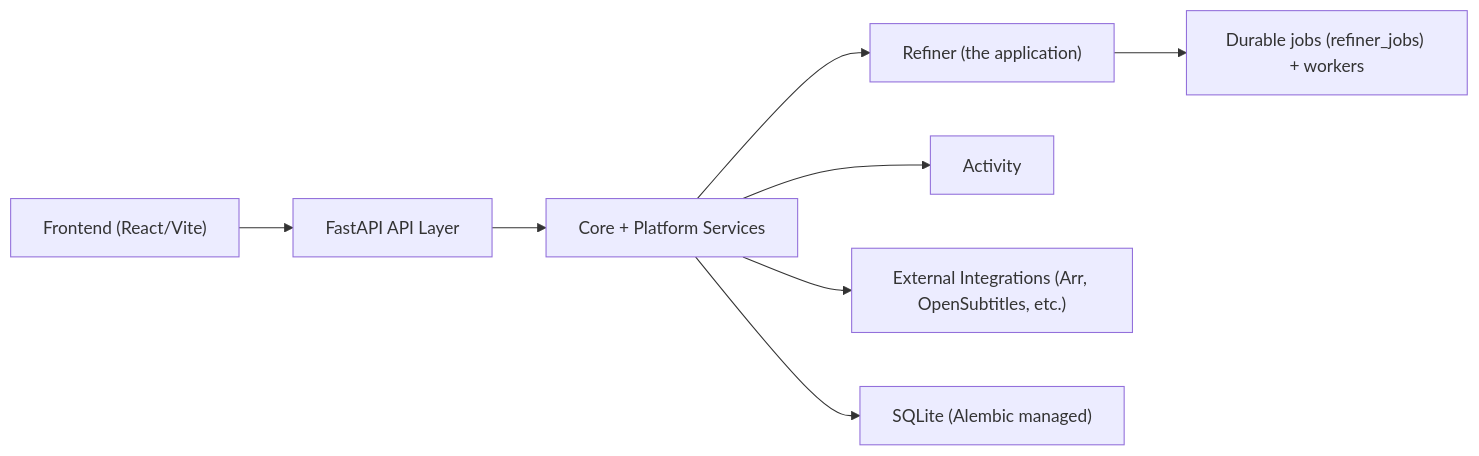
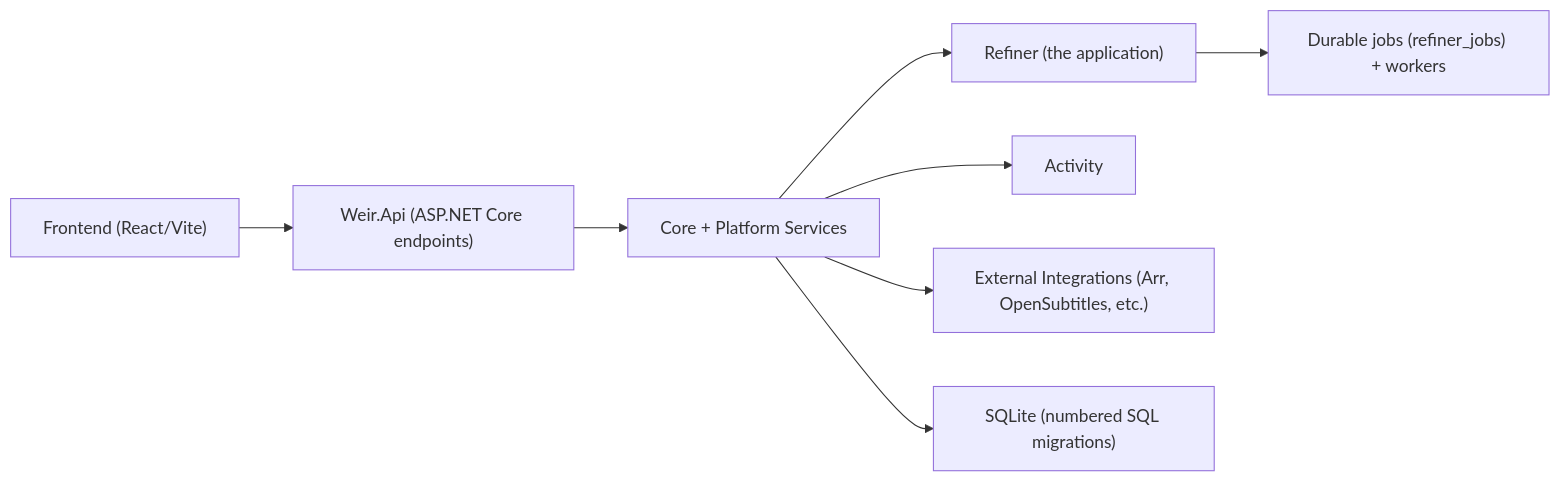
Before and after one commit to jampat000/MediaMop: the first of 2 diagrams in ARCHITECTURE.md, drawn with Mermaid. The commit also changed other lines of this file and 604 other files, not shown here.

First line of the commit message:
chore!: switch Weir to the .NET server and delete the Python backend (#558)

````diff
--- a/ARCHITECTURE.md
+++ b/ARCHITECTURE.md
@@ -38,10 +41,10 @@
 ```mermaid
 flowchart LR
-  UI["Frontend (React/Vite)"] --> API["FastAPI API Layer"]
+  UI["Frontend (React/Vite)"] --> API["Weir.Api (ASP.NET Core endpoints)"]
   API --> Core["Core + Platform Services"]
   Core --> Refiner["Refiner (the application)"]
   Core --> Activity["Activity"]
   Core --> Integrations["External Integrations (Arr, OpenSubtitles, etc.)"]
-  Core --> DB["SQLite (Alembic managed)"]
+  Core --> DB["SQLite (numbered SQL migrations)"]
   Refiner --> Jobs["Durable jobs (refiner_jobs) + workers"]
 ```
````
